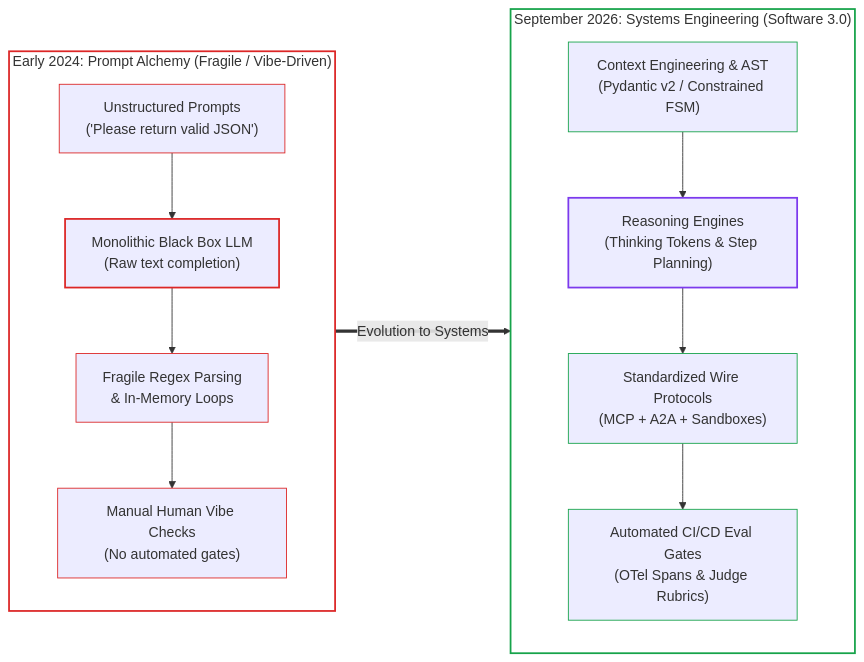
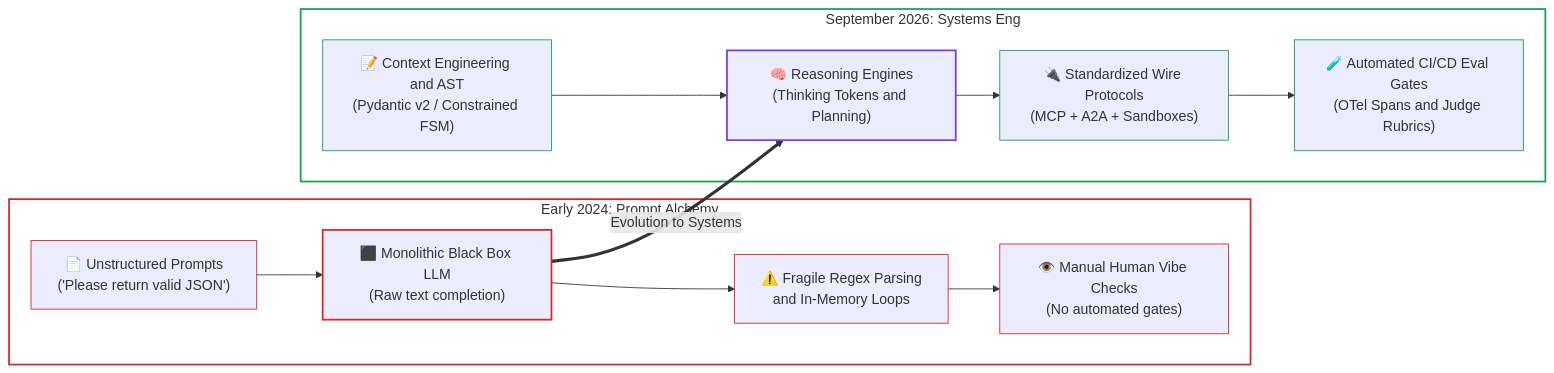
The first of 4 diagrams in README.md (dip4k/senior-engineer-to-ai-engineer-roadmap), drawn with Mermaid before and after one commit. The commit also changed other lines of this file and 94 other files, not shown here.

Commit message:
refactor(curriculum): complete Phase 04 upgrade and enforce diagram renderer invariants

````diff
--- a/README.md
+++ b/README.md
@@ -71,31 +72,29 @@
 ```mermaid
 flowchart LR
-    subgraph Y2024["Early 2024: Prompt Alchemy (Fragile / Vibe-Driven)"]
-        direction TB
-        A1["Unstructured Prompts<br>('Please return valid JSON')"] --> B1["Monolithic Black Box LLM<br>(Raw text completion)"]
-        B1 --> C1["Fragile Regex Parsing<br>& In-Memory Loops"]
-        C1 --> D1["Manual Human Vibe Checks<br>(No automated gates)"]
+    subgraph Y2024["Early 2024: Prompt Alchemy"]
+        A1["📄 Unstructured Prompts<br>('Please return valid JSON')"] --> B1["⬛ Monolithic Black Box LLM<br>(Raw text completion)"]
+        B1 --> C1["⚠️ Fragile Regex Parsing<br>and In-Memory Loops"]
+        C1 --> D1["👁️ Manual Human Vibe Checks<br>(No automated gates)"]
     end
 
-    subgraph Y2026["September 2026: Systems Engineering (Software 3.0)"]
-        direction TB
-        A2["Context Engineering & AST<br>(Pydantic v2 / Constrained FSM)"] --> B2["Reasoning Engines<br>(Thinking Tokens & Step Planning)"]
-        B2 --> C2["Standardized Wire Protocols<br>(MCP + A2A + Sandboxes)"]
-        C2 --> D2["Automated CI/CD Eval Gates<br>(OTel Spans & Judge Rubrics)"]
+    subgraph Y2026["September 2026: Systems Eng"]
+        A2["📝 Context Engineering and AST<br>(Pydantic v2 / Constrained FSM)"] --> B2["🧠 Reasoning Engines<br>(Thinking Tokens and Planning)"]
+        B2 --> C2["🔌 Standardized Wire Protocols<br>(MCP + A2A + Sandboxes)"]
+        C2 --> D2["🧪 Automated CI/CD Eval Gates<br>(OTel Spans and Judge Rubrics)"]
     end
 
     B1 ==>|Evolution to Systems| B2
 
     style Y2024 fill:none,stroke:#dc2626,stroke-width:2px
     style Y2026 fill:none,stroke:#16a34a,stroke-width:2px
 
     style A1 stroke:#dc2626,stroke-width:1px
     style B1 stroke:#dc2626,stroke-width:2px
     style C1 stroke:#dc2626,stroke-width:1px
     style D1 stroke:#dc2626,stroke-width:1px
 
     style A2 stroke:#16a34a,stroke-width:1px
     style B2 stroke:#7c3aed,stroke-width:2px
     style C2 stroke:#16a34a,stroke-width:1px
     style D2 stroke:#16a34a,stroke-width:1px
 ```
````
